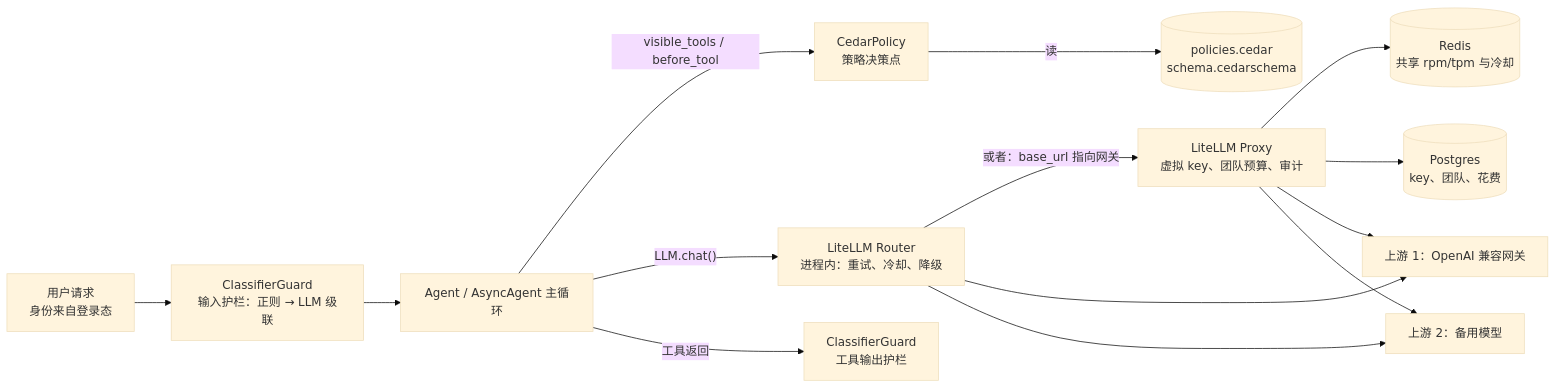
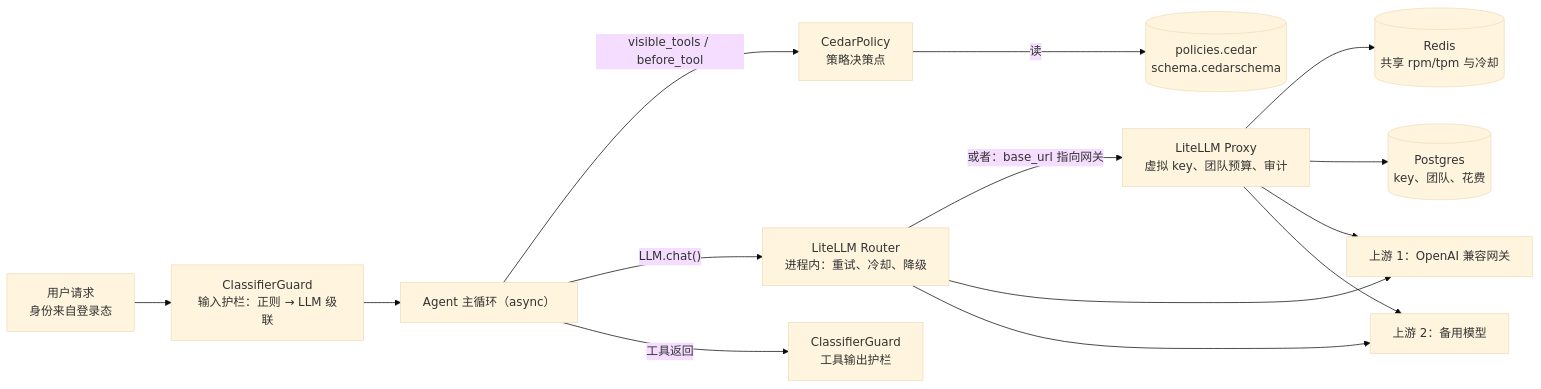
Before and after one commit to heaven999b/hello-agent-system: the first of 2 diagrams in lessons/29_gateway_and_guardrails/README.md, drawn with Mermaid (base theme). The commit also changed other lines of this file and 9 other files, not shown here.

````diff
--- a/lessons/29_gateway_and_guardrails/README.md
+++ b/lessons/29_gateway_and_guardrails/README.md
@@ -38,16 +38,16 @@
 ```mermaid
 flowchart LR
     U["用户请求<br/>身份来自登录态"] --> G1["ClassifierGuard<br/>输入护栏：正则 → LLM 级联"]
-    G1 --> A["Agent / AsyncAgent 主循环"]
+    G1 --> A["Agent 主循环（async）"]
     A -->|"visible_tools / before_tool"| P["CedarPolicy<br/>策略决策点"]
     P -->|"读"| PF[("policies.cedar<br/>schema.cedarschema")]
     A -->|"LLM.chat()"| R["LiteLLM Router<br/>进程内：重试、冷却、降级"]
     R -->|"或者：base_url 指向网关"| GW["LiteLLM Proxy<br/>虚拟 key、团队预算、审计"]
     GW --> RD[("Redis<br/>共享 rpm/tpm 与冷却")]
     GW --> PG[("Postgres<br/>key、团队、花费")]
     R --> UP1["上游 1：OpenAI 兼容网关"]
     R --> UP2["上游 2：备用模型"]
     GW --> UP1
     GW --> UP2
     A -->|"工具返回"| G2["ClassifierGuard<br/>工具输出护栏"]
 ```
````
